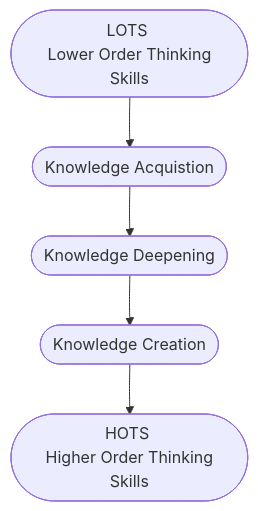
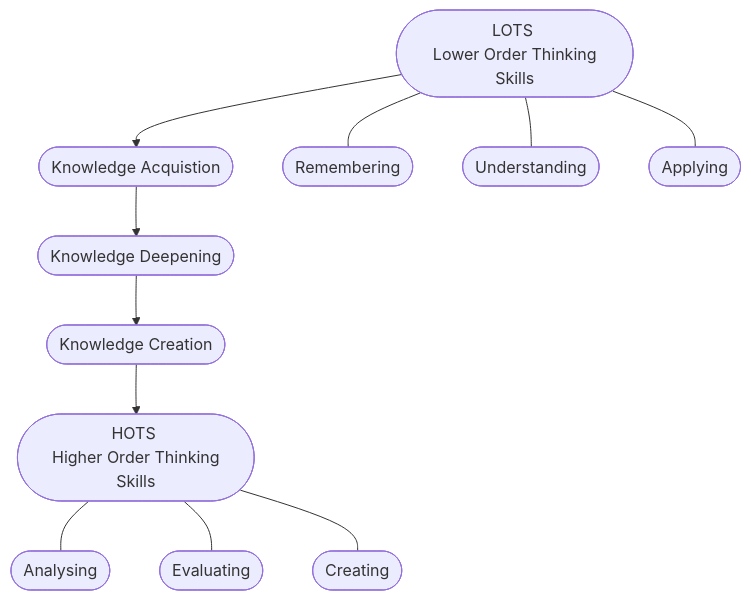
The first of 2 diagrams in plants/notes/LHTL/Sessions/Session-7/Synchronous/sync-18-11-2021.md (Adam-Al-Rahman/Digital_Garden), drawn with Mermaid before and after one commit. The commit also changed other lines of this file and 4 other files, not shown here.

````diff
--- a/plants/notes/LHTL/Sessions/Session-7/Synchronous/sync-18-11-2021.md
+++ b/plants/notes/LHTL/Sessions/Session-7/Synchronous/sync-18-11-2021.md
@@ -30,5 +30,12 @@
 ```mermaid
 graph TB
 
 lot(["LOTS <br/> Lower Order Thinking Skills"])-->ka(["Knowledge Acquistion"])-->kd(["Knowledge Deepening"])-->Kc(["Knowledge Creation"])-->hots(["HOTS <br/> Higher Order Thinking Skills"])
+
+lot---rmb(["Remembering"])
+lot---und(["Understanding"])
+lot---app(["Applying"])
+hots---any(["Analysing"])
+hots---eval(["Evaluating"])
+hots---crt(["Creating"])
 ```
````
